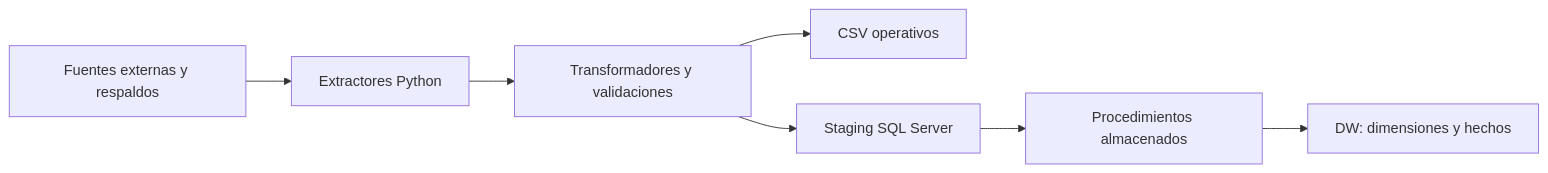
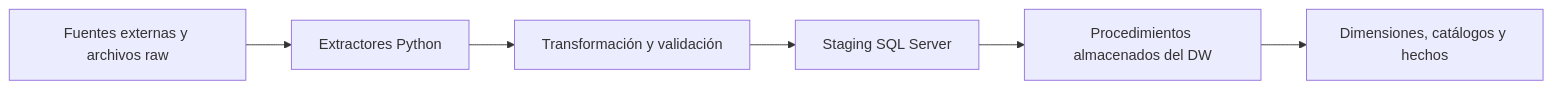
One commit to DesmondBermudez/Proyecto-AlmacenesDatos changed the first of 5 diagrams in README.md. Above: the diagram before and after it, drawn with Mermaid. The commit also changed other lines of this file and 58 other files, not shown here.

````diff
--- a/README.md
+++ b/README.md
@@ -136,9 +20,8 @@
 ```mermaid
 flowchart LR
-    A["Fuentes externas y respaldos"] --> B["Extractores Python"]
-    B --> C["Transformadores y validaciones"]
-    C --> D["CSV operativos"]
-    C --> E["Staging SQL Server"]
-    E --> F["Procedimientos almacenados"]
-    F --> G["DW: dimensiones y hechos"]
+    A["Fuentes externas y archivos raw"] --> B["Extractores Python"]
+    B --> C["Transformación y validación"]
+    C --> D["Staging SQL Server"]
+    D --> E["Procedimientos almacenados del DW"]
+    E --> F["Dimensiones, catálogos y hechos"]
 ```
````
